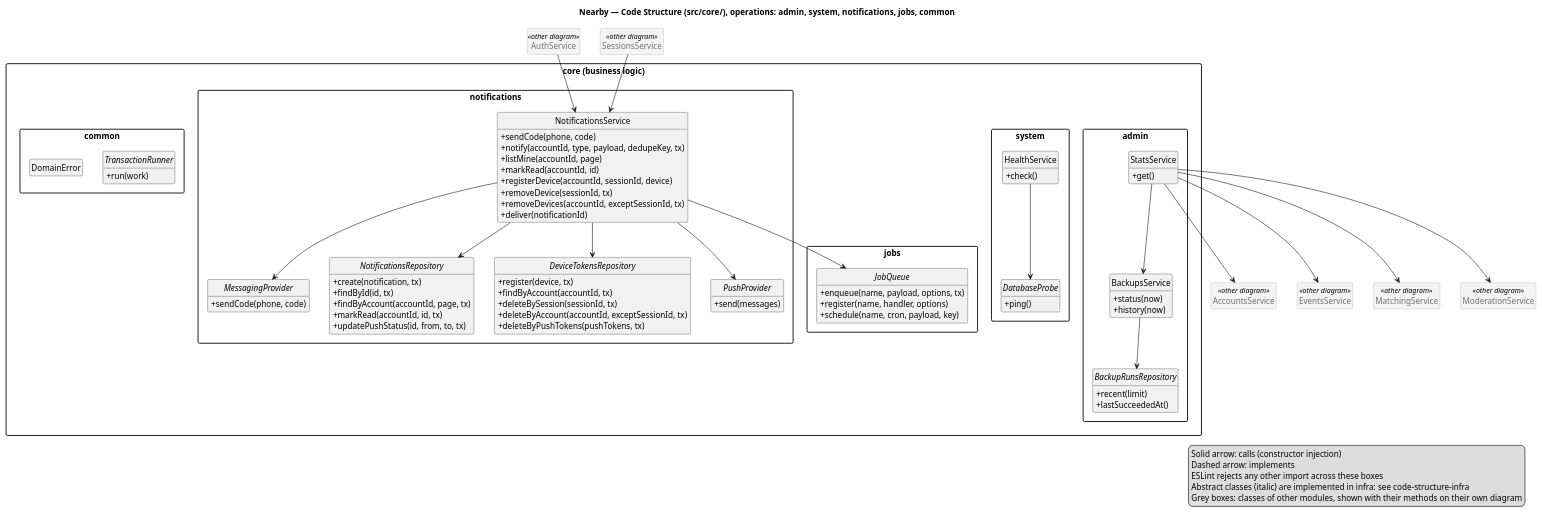
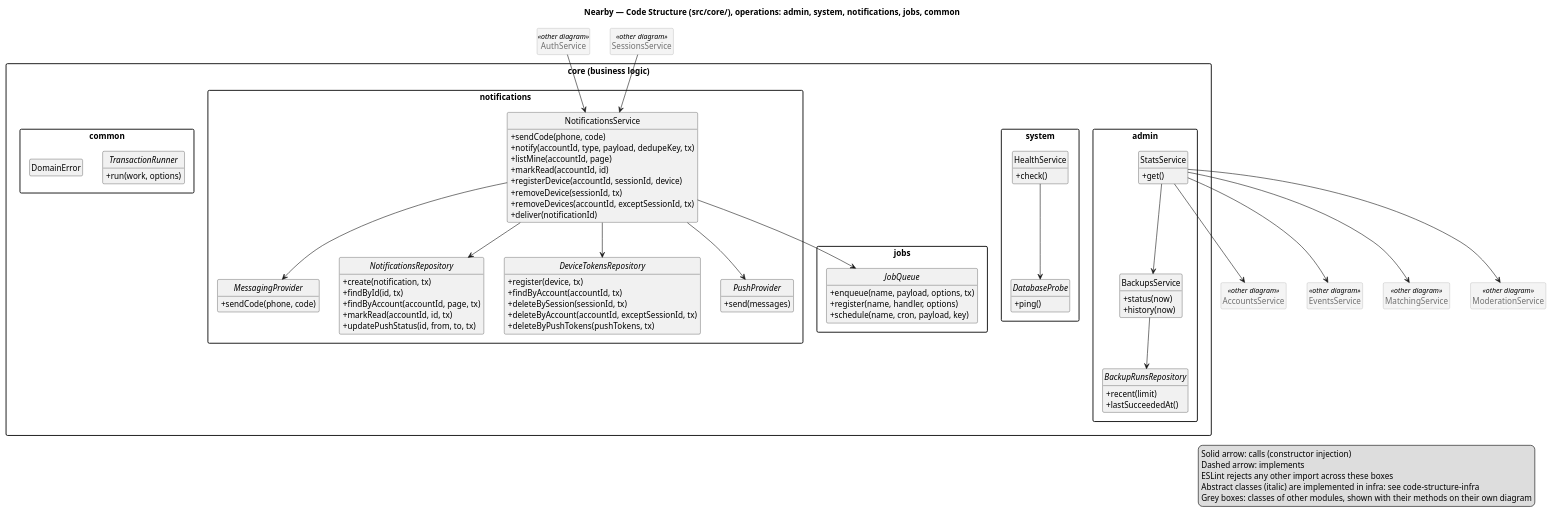
Before and after one commit to ukma-fin-ssdm-2026/pun-intended-team: the diagram in docs/architecture/uml/code-structure-core-operations.puml, drawn with PlantUML. The commit also changed 7 other files, not shown here.

```diff
--- a/docs/architecture/uml/code-structure-core-operations.puml
+++ b/docs/architecture/uml/code-structure-core-operations.puml
@@ -1,120 +1,120 @@
 @startuml code-structure-core-operations
 /'
   AI Usage Note
   Drafted with Claude from the code in src/.
 '/
 title Nearby — Code Structure (src/core/), operations: admin, system, notifications, jobs, common
 
 skinparam shadowing false
 skinparam packageStyle rectangle
 skinparam classAttributeIconSize 0
 hide empty members
 hide circle
 skinparam class {
   BackgroundColor<<other diagram>> #F4F4F4
   BorderColor<<other diagram>> #A0A0A0
   FontColor<<other diagram>> #707070
 }
 
 package "core (business logic)" as CORE {
   package admin {
     class StatsService {
       +get()
     }
     class BackupsService {
       +status(now)
       +history(now)
     }
     abstract class BackupRunsRepository {
       +recent(limit)
       +lastSucceededAt()
     }
   }
   package system {
     class HealthService {
       +check()
     }
     abstract class DatabaseProbe {
       +ping()
     }
   }
   package notifications {
     class NotificationsService {
       +sendCode(phone, code)
       +notify(accountId, type, payload, dedupeKey, tx)
       +listMine(accountId, page)
       +markRead(accountId, id)
       +registerDevice(accountId, sessionId, device)
       +removeDevice(sessionId, tx)
       +removeDevices(accountId, exceptSessionId, tx)
       +deliver(notificationId)
     }
     abstract class MessagingProvider {
       +sendCode(phone, code)
     }
     abstract class NotificationsRepository {
       +create(notification, tx)
       +findById(id, tx)
       +findByAccount(accountId, page, tx)
       +markRead(accountId, id, tx)
       +updatePushStatus(id, from, to, tx)
     }
     abstract class DeviceTokensRepository {
       +register(device, tx)
       +findByAccount(accountId, tx)
       +deleteBySession(sessionId, tx)
       +deleteByAccount(accountId, exceptSessionId, tx)
       +deleteByPushTokens(pushTokens, tx)
     }
     abstract class PushProvider {
       +send(messages)
     }
   }
   package jobs {
     abstract class JobQueue {
       +enqueue(name, payload, options, tx)
       +register(name, handler, options)
       +schedule(name, cron, payload, key)
     }
   }
   package common {
     abstract class TransactionRunner {
-      +run(work)
+      +run(work, options)
     }
     class DomainError
   }
 }
 
 ' other modules' classes, shown with their methods on their own diagram
 class AccountsService <<other diagram>>
 class EventsService <<other diagram>>
 class MatchingService <<other diagram>>
 class ModerationService <<other diagram>>
 class AuthService <<other diagram>>
 class SessionsService <<other diagram>>
 
 ' services call services and reach storage and adapters through abstract classes
 AuthService --> NotificationsService
 SessionsService --> NotificationsService
 StatsService --> AccountsService
 StatsService --> EventsService
 StatsService --> MatchingService
 StatsService --> ModerationService
 StatsService --> BackupsService
 BackupsService --> BackupRunsRepository
 HealthService --> DatabaseProbe
 NotificationsService --> MessagingProvider
 NotificationsService --> NotificationsRepository
 NotificationsService --> DeviceTokensRepository
 NotificationsService --> PushProvider
 NotificationsService --> JobQueue
 
 legend right
   Solid arrow: calls (constructor injection)
   Dashed arrow: implements
   ESLint rejects any other import across these boxes
   Abstract classes (italic) are implemented in infra: see code-structure-infra
   Grey boxes: classes of other modules, shown with their methods on their own diagram
 endlegend
 
 @enduml
```
